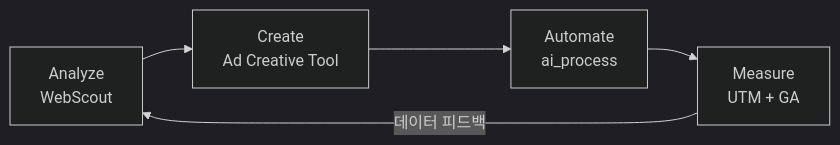
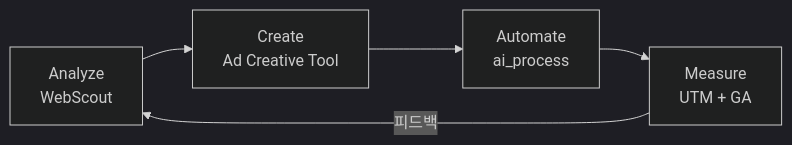
The first of 2 diagrams in README.md (dalgoms/dalgoms), drawn with Mermaid (dark theme) before and after one commit. The commit also changed other lines of this file and 1 other file, not shown here.

````diff
--- a/README.md
+++ b/README.md
@@ -123,7 +104,7 @@
 ```mermaid
 flowchart LR
   A["Analyze\nWebScout"] --> B["Create\nAd Creative Tool"]
   B --> C["Automate\nai_process"]
   C --> D["Measure\nUTM + GA"]
-  D -->|"데이터 피드백"| A
+  D -->|"피드백"| A
 ```
````
